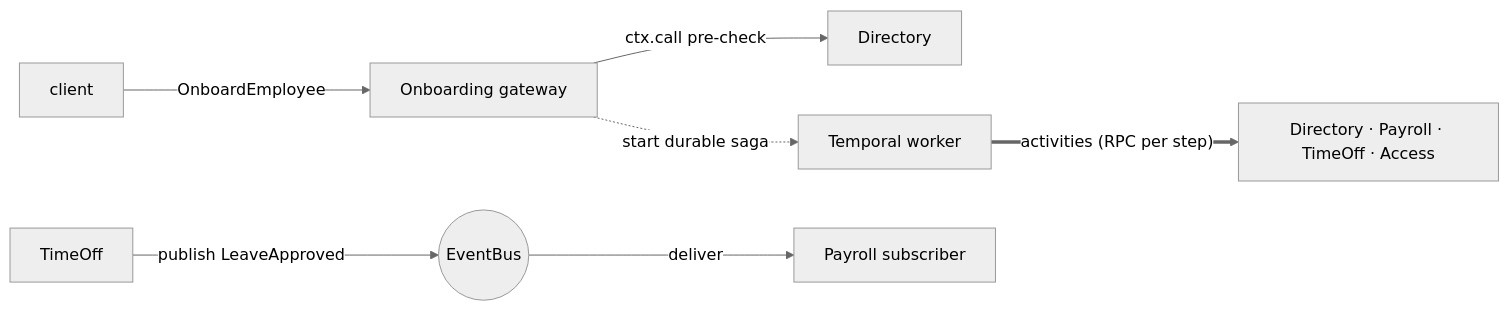
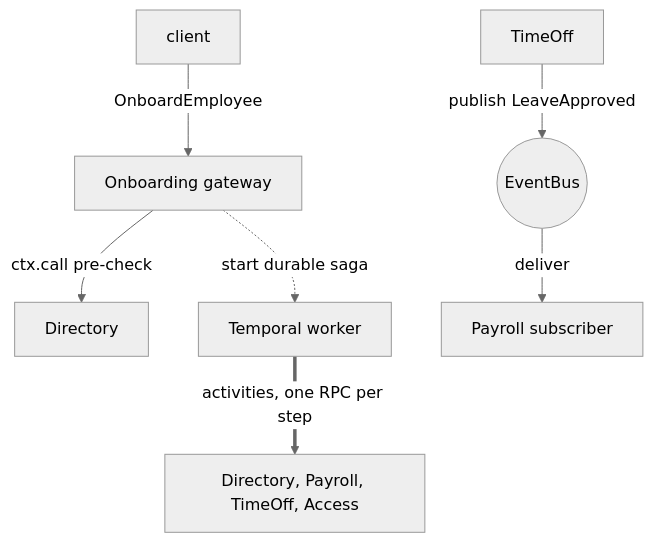
One commit to Connectum-Framework/docs changed the second of 2 diagrams in en/guide/service-communication/choosing-a-mechanism.md. Above: the diagram before and after it, drawn with Mermaid (neutral theme). The commit also changed other lines of this file and 6 other files, not shown here.

First line of the commit message:
docs(diagrams): make wide diagrams readable in the documentation column

````diff
--- a/en/guide/service-communication/choosing-a-mechanism.md
+++ b/en/guide/service-communication/choosing-a-mechanism.md
@@ -169,9 +178,9 @@
 ```mermaid
-flowchart LR
+flowchart TD
   C["client"] -->|"OnboardEmployee"| G["Onboarding gateway"]
   G -->|"ctx.call pre-check"| D["Directory"]
   G -.->|"start durable saga"| W["Temporal worker"]
-  W ==>|"activities (RPC per step)"| S["Directory · Payroll · TimeOff · Access"]
+  W ==>|"activities, one RPC per step"| S["Directory, Payroll, TimeOff, Access"]
   TO["TimeOff"] -->|"publish LeaveApproved"| B(("EventBus"))
   B -->|"deliver"| P["Payroll subscriber"]
 ```
````
